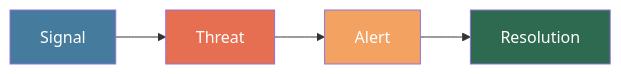
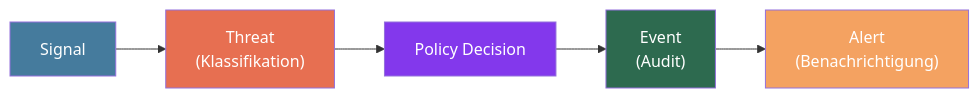
The diagram in astro-site/src/content/docs/experts/core-concepts.mdx (benediktpoller/docs.superheld.app), drawn with Mermaid before and after one commit. The commit also changed other lines of this file and 15 other files, not shown here.

````diff
--- a/astro-site/src/content/docs/experts/core-concepts.mdx
+++ b/astro-site/src/content/docs/experts/core-concepts.mdx
@@ -19,11 +21,13 @@
 ```mermaid
 flowchart LR
-    A["Signal"] --> B["Threat"]
-    B --> C["Alert"]
-    C --> D["Resolution"]
+    A["Signal"] --> B["Threat\n(Klassifikation)"]
+    B --> C["Policy Decision"]
+    C --> D["Event\n(Audit)"]
+    D --> E["Alert\n(Benachrichtigung)"]
 
     style A fill:#457b9d,color:#fff
     style B fill:#e76f51,color:#fff
-    style C fill:#f4a261,color:#fff
+    style C fill:#8338ec,color:#fff
     style D fill:#2d6a4f,color:#fff
+    style E fill:#f4a261,color:#fff
 ```
````
